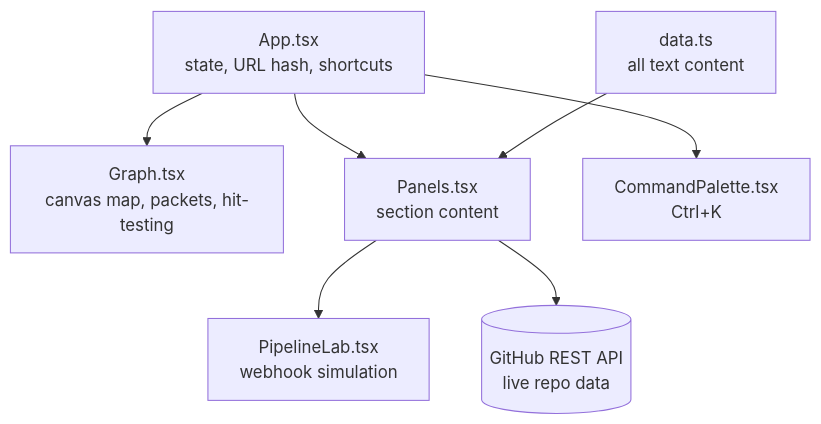
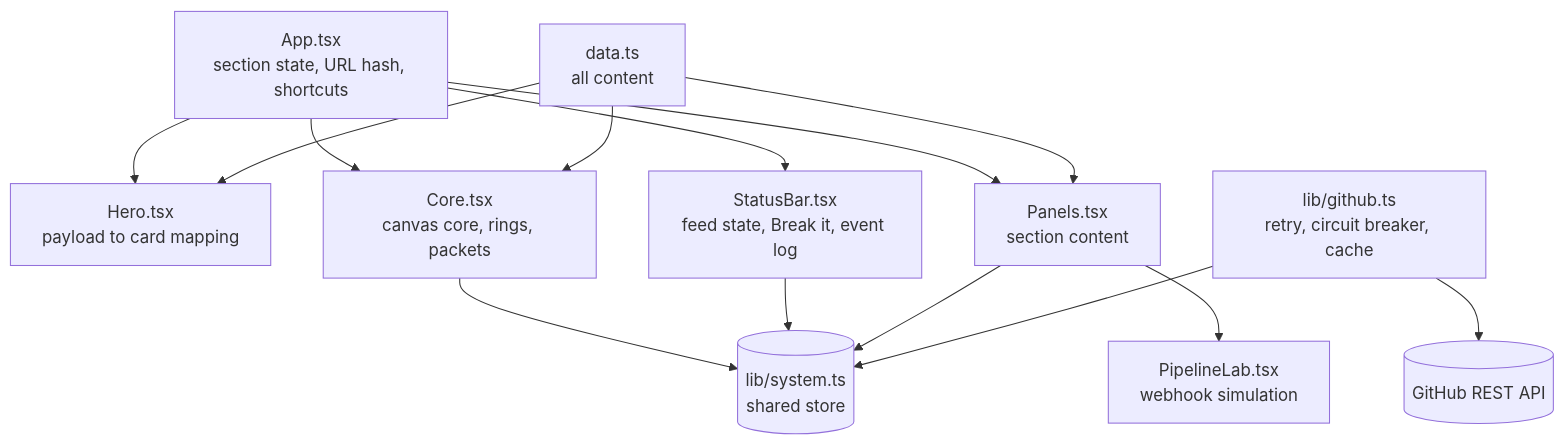
The diagram in README.md (divyanshsharma11/Portfolio), drawn with Mermaid before and after one commit. The commit also changed other lines of this file and 27 other files, not shown here.

Commit message:
Redesign portfolio: integration core, mapping hero, resilience layer, tests and CI

````diff
--- a/README.md
+++ b/README.md
@@ -66,9 +68,16 @@
 ```mermaid
 flowchart TD
-    App[App.tsx<br/>state, URL hash, shortcuts] --> Graph[Graph.tsx<br/>canvas map, packets, hit-testing]
+    App[App.tsx<br/>section state, URL hash, shortcuts] --> Hero[Hero.tsx<br/>payload to card mapping]
+    App --> Core[Core.tsx<br/>canvas core, rings, packets]
     App --> Panels[Panels.tsx<br/>section content]
-    App --> Palette[CommandPalette.tsx<br/>Ctrl+K]
+    App --> Status[StatusBar.tsx<br/>feed state, Break it, event log]
     Panels --> Lab[PipelineLab.tsx<br/>webhook simulation]
-    Panels --> GH[(GitHub REST API<br/>live repo data)]
-    Data[data.ts<br/>all text content] --> Panels
+    Core --> Sys[(lib/system.ts<br/>shared store)]
+    Status --> Sys
+    Panels --> Sys
+    GH[lib/github.ts<br/>retry, circuit breaker, cache] --> Sys
+    GH --> API[(GitHub REST API)]
+    Data[data.ts<br/>all content] --> Hero
+    Data --> Panels
+    Data --> Core
 ```
````
